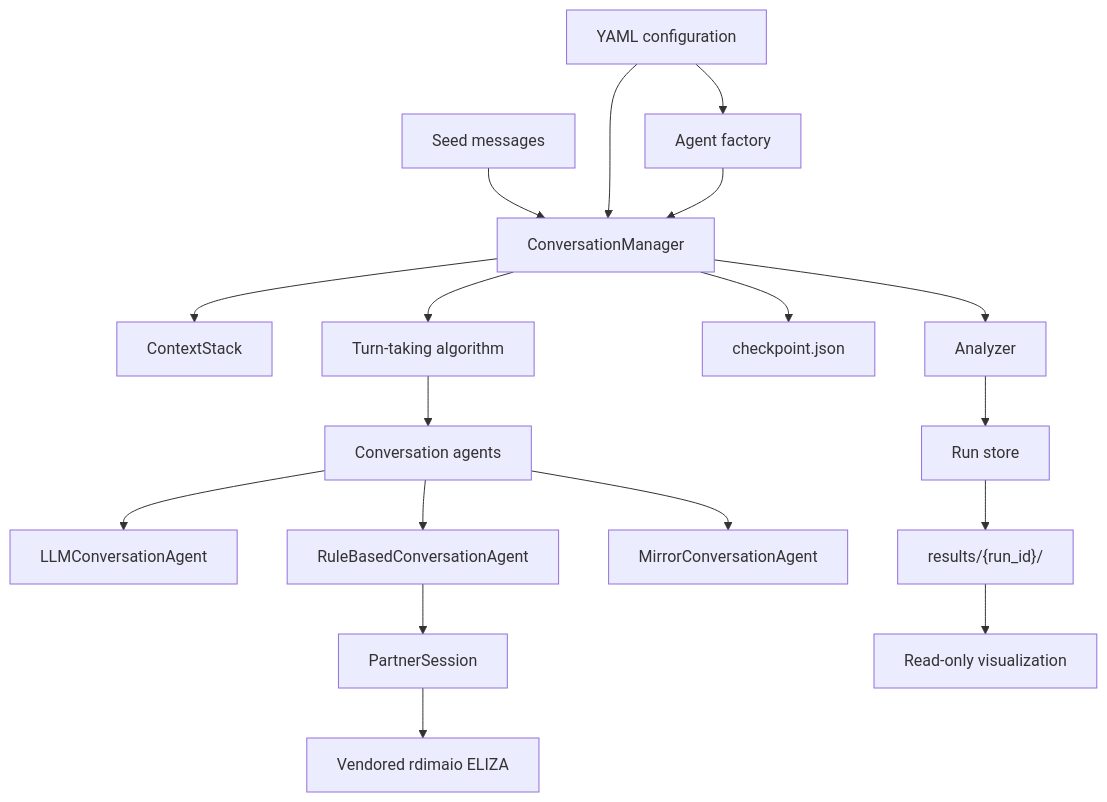
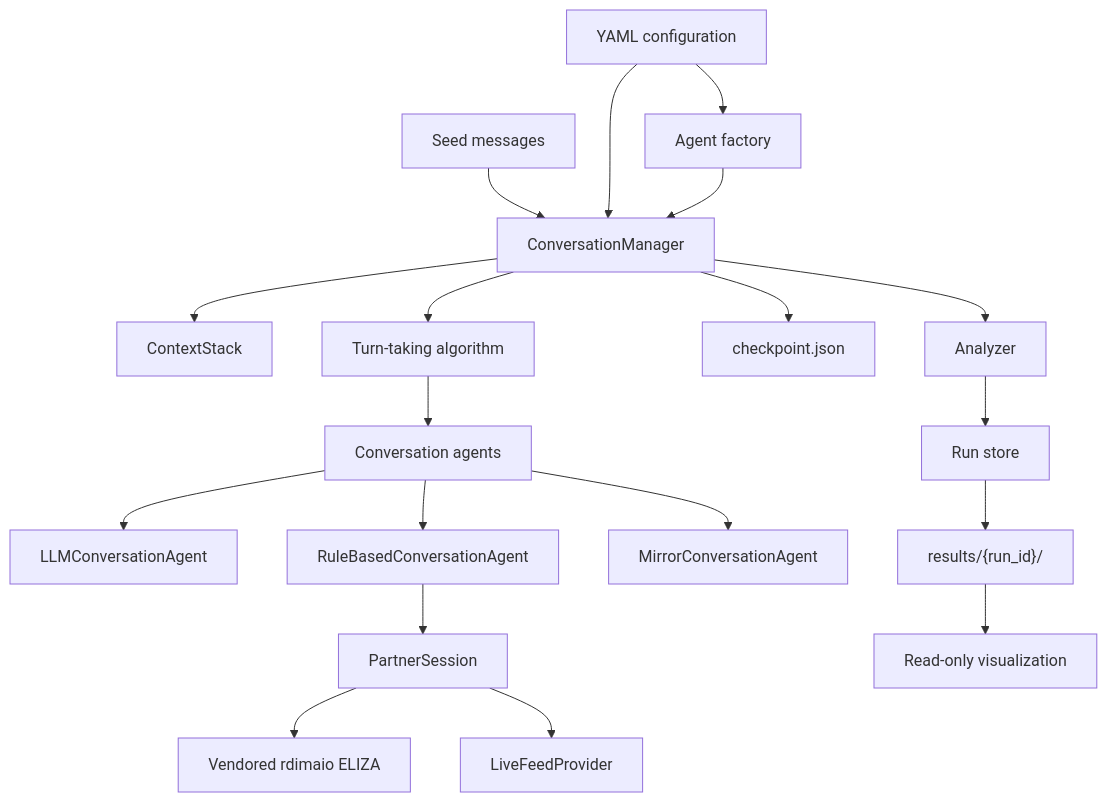
The first of 2 diagrams in doc/architecture.md (center-for-humans-and-machines/babel-ai), drawn with Mermaid before and after one commit. The commit also changed other lines of this file and 40 other files, not shown here.

````diff
--- a/doc/architecture.md
+++ b/doc/architecture.md
@@ -9,20 +9,21 @@
 ```mermaid
 flowchart TB
   Seed[Seed messages] --> Manager[ConversationManager]
   Config[YAML configuration] --> Manager
   Config --> Factory[Agent factory]
   Factory --> Manager
   Manager --> Context[ContextStack]
   Manager --> TurnTaking[Turn-taking algorithm]
   TurnTaking --> Agents[Conversation agents]
   Agents --> LLM[LLMConversationAgent]
   Agents --> Rule[RuleBasedConversationAgent]
   Agents --> Mirror[MirrorConversationAgent]
   Rule --> Eliza[PartnerSession]
   Eliza --> Vendor[Vendored rdimaio ELIZA]
+  Eliza --> Feed[LiveFeedProvider]
   Manager --> Checkpoint[checkpoint.json]
   Manager --> Analyzer[Analyzer]
   Analyzer --> Store[Run store]
   Store --> Run["results/{run_id}/"]
   Run --> Viz[Read-only visualization]
 ```
````
